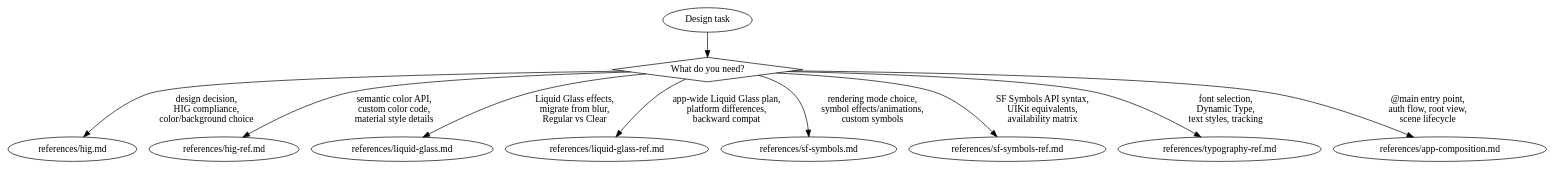
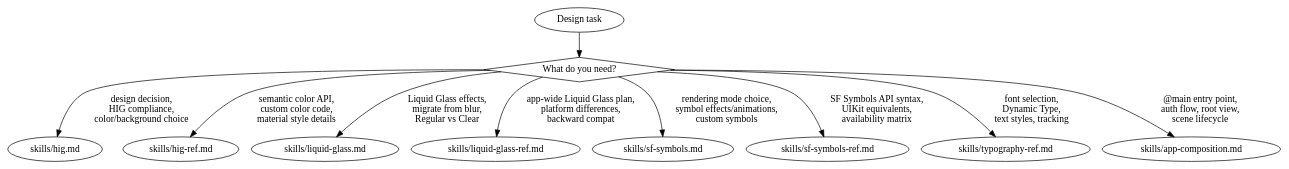
Before and after one commit to CharlesWiltgen/Axiom: the diagram in .claude-plugin/plugins/axiom/skills/axiom-design/SKILL.md, drawn with Graphviz. The commit also changed other lines of this file and 266 other files, not shown here.

First line of the commit message:
refactor(skills): rename references/ to skills/ across all suites

````diff
--- a/.claude-plugin/plugins/axiom/skills/axiom-design/SKILL.md
+++ b/.claude-plugin/plugins/axiom/skills/axiom-design/SKILL.md
@@ -26,16 +26,16 @@
 ```dot
 digraph design {
     start [label="Design task" shape=ellipse];
     what [label="What do you need?" shape=diamond];
 
     start -> what;
-    what -> "references/hig.md" [label="design decision,\nHIG compliance,\ncolor/background choice"];
-    what -> "references/hig-ref.md" [label="semantic color API,\ncustom color code,\nmaterial style details"];
-    what -> "references/liquid-glass.md" [label="Liquid Glass effects,\nmigrate from blur,\nRegular vs Clear"];
-    what -> "references/liquid-glass-ref.md" [label="app-wide Liquid Glass plan,\nplatform differences,\nbackward compat"];
-    what -> "references/sf-symbols.md" [label="rendering mode choice,\nsymbol effects/animations,\ncustom symbols"];
-    what -> "references/sf-symbols-ref.md" [label="SF Symbols API syntax,\nUIKit equivalents,\navailability matrix"];
-    what -> "references/typography-ref.md" [label="font selection,\nDynamic Type,\ntext styles, tracking"];
-    what -> "references/app-composition.md" [label="@main entry point,\nauth flow, root view,\nscene lifecycle"];
+    what -> "skills/hig.md" [label="design decision,\nHIG compliance,\ncolor/background choice"];
+    what -> "skills/hig-ref.md" [label="semantic color API,\ncustom color code,\nmaterial style details"];
+    what -> "skills/liquid-glass.md" [label="Liquid Glass effects,\nmigrate from blur,\nRegular vs Clear"];
+    what -> "skills/liquid-glass-ref.md" [label="app-wide Liquid Glass plan,\nplatform differences,\nbackward compat"];
+    what -> "skills/sf-symbols.md" [label="rendering mode choice,\nsymbol effects/animations,\ncustom symbols"];
+    what -> "skills/sf-symbols-ref.md" [label="SF Symbols API syntax,\nUIKit equivalents,\navailability matrix"];
+    what -> "skills/typography-ref.md" [label="font selection,\nDynamic Type,\ntext styles, tracking"];
+    what -> "skills/app-composition.md" [label="@main entry point,\nauth flow, root view,\nscene lifecycle"];
 }
 ```
````
